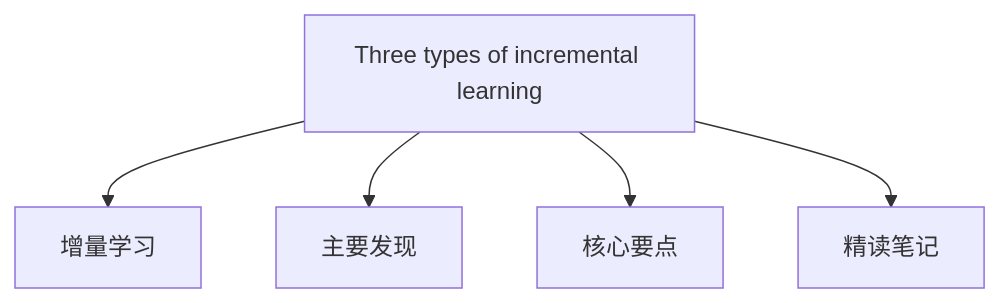
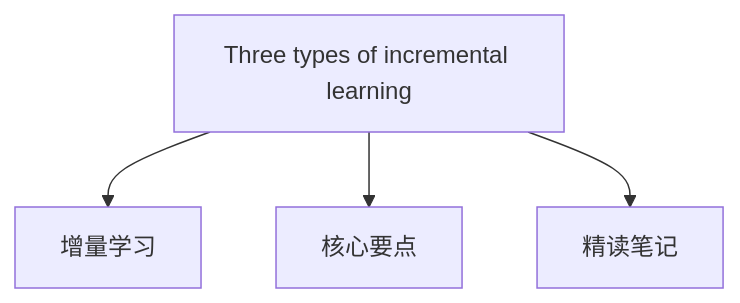
Before and after one commit to RenaissanceT/Continual_Learning_for_Time_Series_Survey_and_Evaluation: the first of 2 diagrams in Article Analysis/1. Three types of incremental learning.md, drawn with Mermaid.

Commit message:
Update 1. Three types of incremental learning.md

````diff
--- a/Article Analysis/1. Three types of incremental learning.md
+++ b/Article Analysis/1. Three types of incremental learning.md
@@ -7,7 +7,6 @@
 ```mermaid
 graph TD
     A[Three types of incremental learning] --> B[增量学习]
-    A --> C[主要发现]
-    A --> D[核心要点]
-    A --> E[精读笔记]
+    A --> C[核心要点]
+    A --> D[精读笔记]
 ```
````
